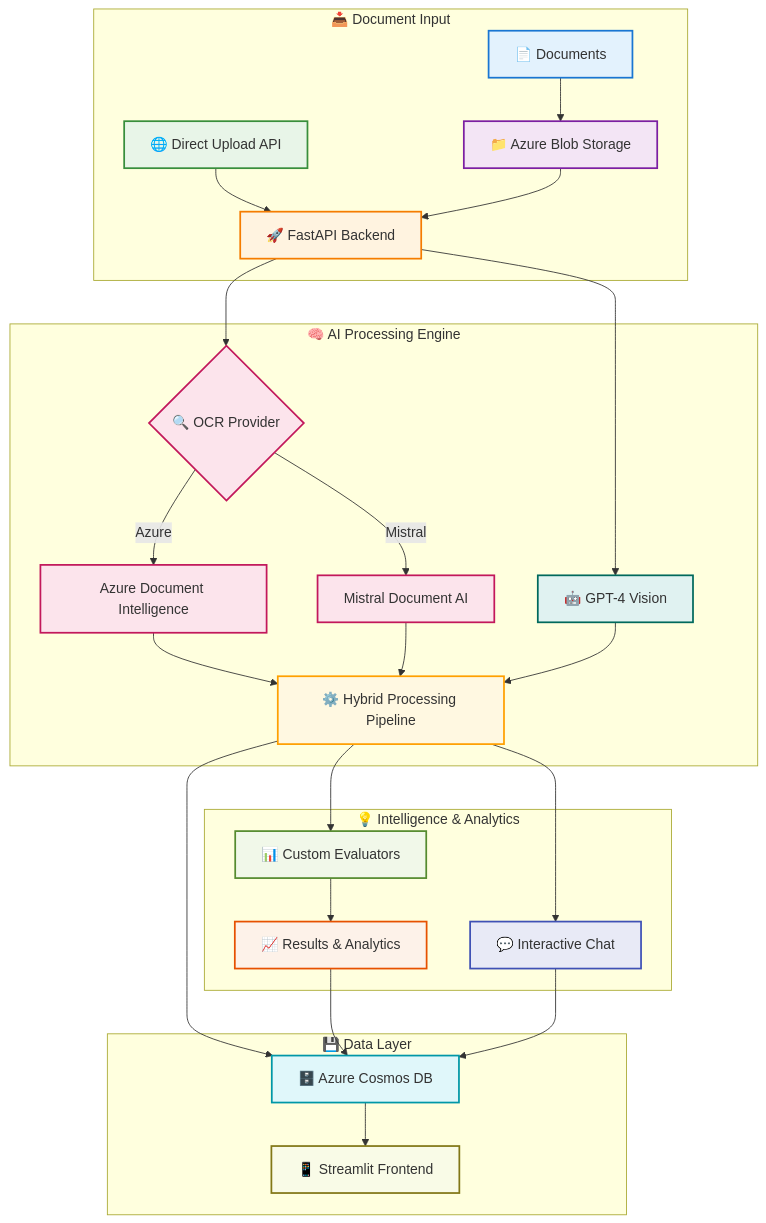
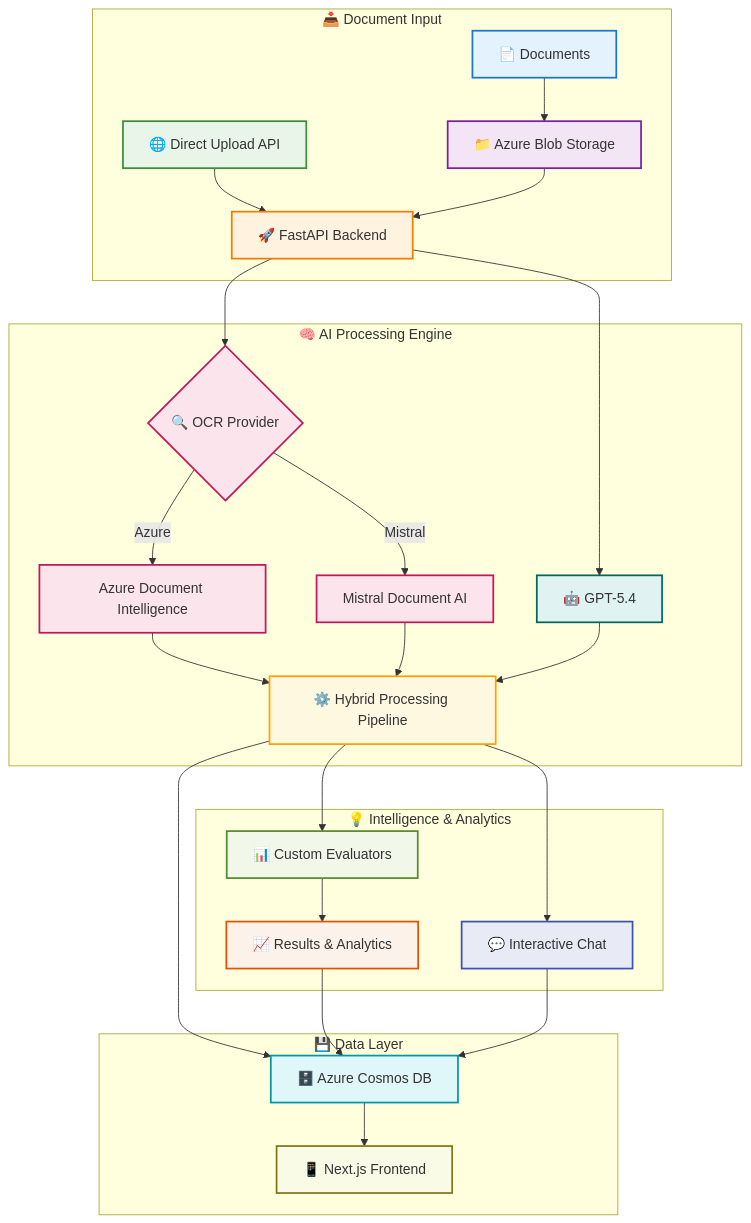
One commit to Azure-Samples/ARGUS changed the diagram in README.md. Above: the diagram before and after it, drawn with Mermaid. The commit also changed other lines of this file and 2 other files, not shown here.

First line of the commit message:
Update docs: GPT-5.4, Next.js frontend, managed identity, security architecture

````diff
--- a/README.md
+++ b/README.md
@@ -76,46 +78,46 @@
 ```mermaid
 graph TB
     subgraph "📥 Document Input"
         A[📄 Documents] --> B[📁 Azure Blob Storage]
         C[🌐 Direct Upload API] --> D[🚀 FastAPI Backend]
     end
     
     subgraph "🧠 AI Processing Engine"
         B --> D
         D --> E{🔍 OCR Provider}
         E -->|Azure| E1[Azure Document Intelligence]
         E -->|Mistral| E2[Mistral Document AI]
-        D --> F[🤖 GPT-4 Vision]
+        D --> F[🤖 GPT-5.4]
         E1 --> G[⚙️ Hybrid Processing Pipeline]
         E2 --> G
         F --> G
     end
     
     subgraph "💡 Intelligence & Analytics"
         G --> H[📊 Custom Evaluators]
         G --> I[💬 Interactive Chat]
         H --> J[📈 Results & Analytics]
     end
     
     subgraph "💾 Data Layer"
         G --> K[🗄️ Azure Cosmos DB]
         J --> K
         I --> K
-        K --> L[📱 Streamlit Frontend]
+        K --> L[📱 Next.js Frontend]
     end
     
     style A fill:#e3f2fd,stroke:#1976d2,stroke-width:2px
     style B fill:#f3e5f5,stroke:#7b1fa2,stroke-width:2px
     style C fill:#e8f5e8,stroke:#388e3c,stroke-width:2px
     style D fill:#fff3e0,stroke:#f57c00,stroke-width:2px
     style E fill:#fce4ec,stroke:#c2185b,stroke-width:2px
     style E1 fill:#fce4ec,stroke:#c2185b,stroke-width:2px
     style E2 fill:#fce4ec,stroke:#c2185b,stroke-width:2px
     style F fill:#e0f2f1,stroke:#00695c,stroke-width:2px
     style G fill:#fff8e1,stroke:#ffa000,stroke-width:2px
     style H fill:#f1f8e9,stroke:#558b2f,stroke-width:2px
     style I fill:#e8eaf6,stroke:#3f51b5,stroke-width:2px
     style J fill:#fdf2e9,stroke:#e65100,stroke-width:2px
     style K fill:#e0f7fa,stroke:#0097a7,stroke-width:2px
     style L fill:#f9fbe7,stroke:#827717,stroke-width:2px
 ```
````
